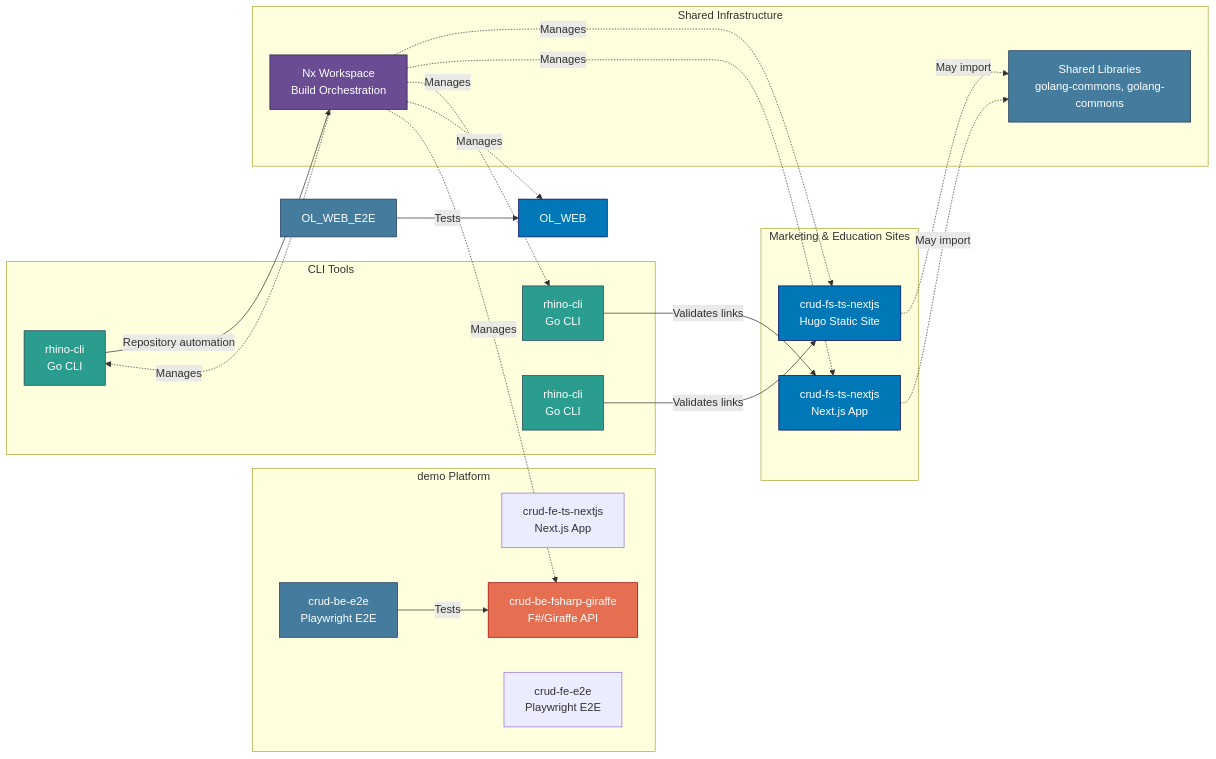
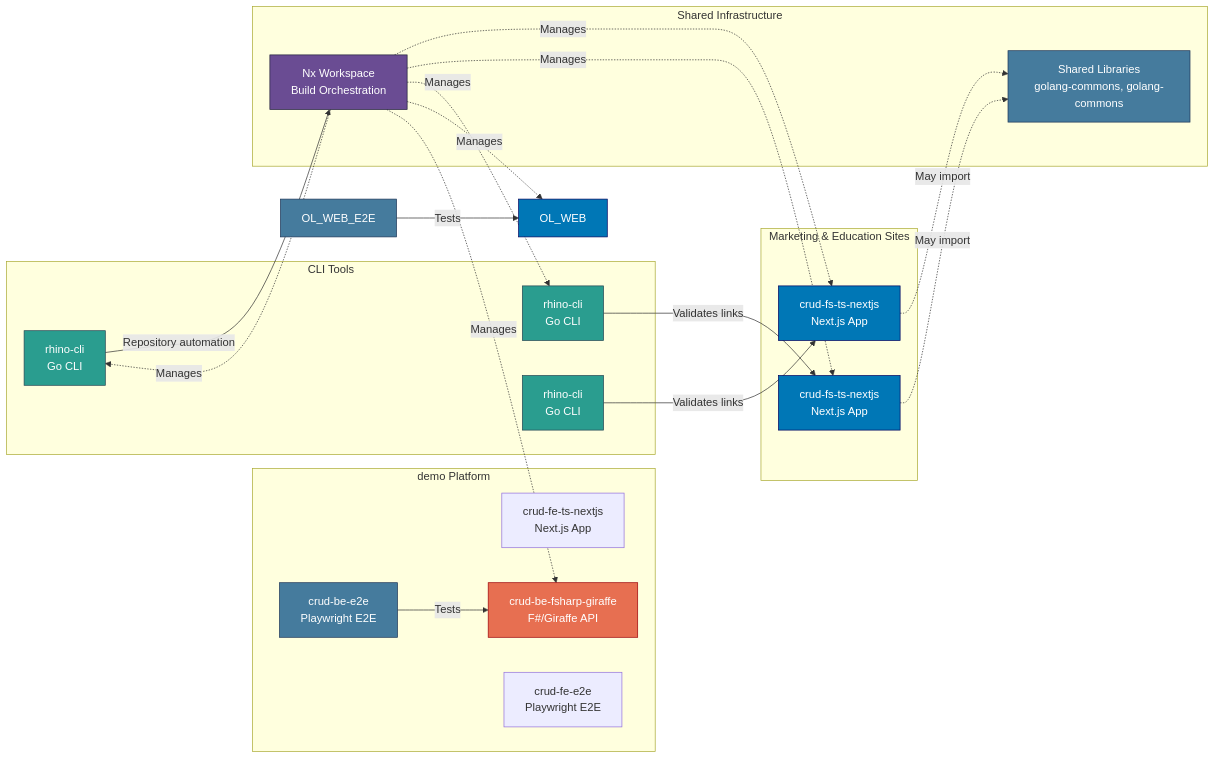
The diagram in docs/reference/system-architecture/applications.md (wahidyankf/ose-primer), drawn with Mermaid before and after one commit. The commit also changed other lines of this file and 44 other files, not shown here.

````diff
--- a/docs/reference/system-architecture/applications.md
+++ b/docs/reference/system-architecture/applications.md
@@ -125,53 +114,53 @@
 ```mermaid
 graph LR
     subgraph "Marketing & Education Sites"
-        OSE[crud-fs-ts-nextjs<br/>Hugo Static Site]
+        OSE[crud-fs-ts-nextjs<br/>Next.js App]
         AYO[crud-fs-ts-nextjs<br/>Next.js App]
     end
 
     subgraph "demo Platform"
         OL_FE[crud-fe-ts-nextjs<br/>Next.js App]
         OL_BE[crud-be-fsharp-giraffe<br/>F#/Giraffe API]
         OL_FE_E2E[crud-fe-e2e<br/>Playwright E2E]
         OL_BE_E2E[crud-be-e2e<br/>Playwright E2E]
     end
 
     subgraph "CLI Tools"
         AYOCLI[rhino-cli<br/>Go CLI]
         RHINO[rhino-cli<br/>Go CLI]
         OSECLI[rhino-cli<br/>Go CLI]
     end
 
     subgraph "Shared Infrastructure"
         NX[Nx Workspace<br/>Build Orchestration]
         LIBS[Shared Libraries<br/>golang-commons, golang-commons]
     end
 
     AYOCLI -->|Validates links| AYO
     RHINO -->|Repository automation| NX
     OSECLI -->|Validates links| OSE
     OL_WEB_E2E -->|Tests| OL_WEB
     OL_BE_E2E -->|Tests| OL_BE
 
     NX -.->|Manages| OSE
     NX -.->|Manages| AYO
     NX -.->|Manages| AYOCLI
     NX -.->|Manages| RHINO
     NX -.->|Manages| OL_WEB
     NX -.->|Manages| OL_BE
 
     OSE -.->|May import| LIBS
     AYO -.->|May import| LIBS
 
     style OSE fill:#0077b6,stroke:#03045e,color:#ffffff
     style AYO fill:#0077b6,stroke:#03045e,color:#ffffff
     style OL_WEB fill:#0077b6,stroke:#03045e,color:#ffffff
     style OL_BE fill:#e76f51,stroke:#9d0208,color:#ffffff
     style OL_WEB_E2E fill:#457b9d,stroke:#1d3557,color:#ffffff
     style OL_BE_E2E fill:#457b9d,stroke:#1d3557,color:#ffffff
     style AYOCLI fill:#2a9d8f,stroke:#264653,color:#ffffff
     style RHINO fill:#2a9d8f,stroke:#264653,color:#ffffff
     style OSECLI fill:#2a9d8f,stroke:#264653,color:#ffffff
     style NX fill:#6a4c93,stroke:#22223b,color:#ffffff
     style LIBS fill:#457b9d,stroke:#1d3557,color:#ffffff
 ```
````
